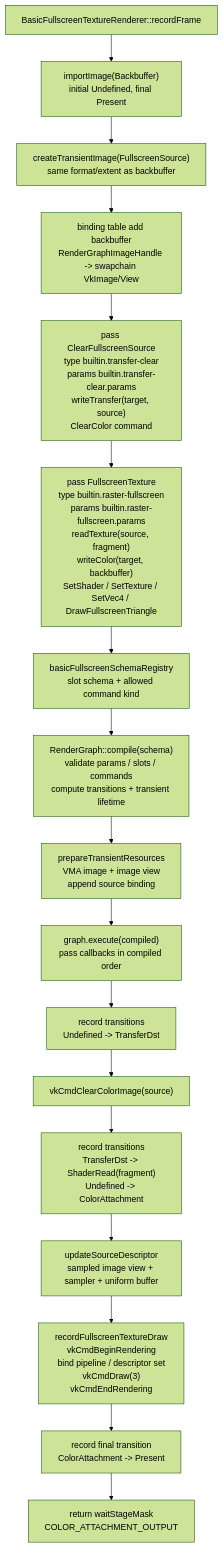
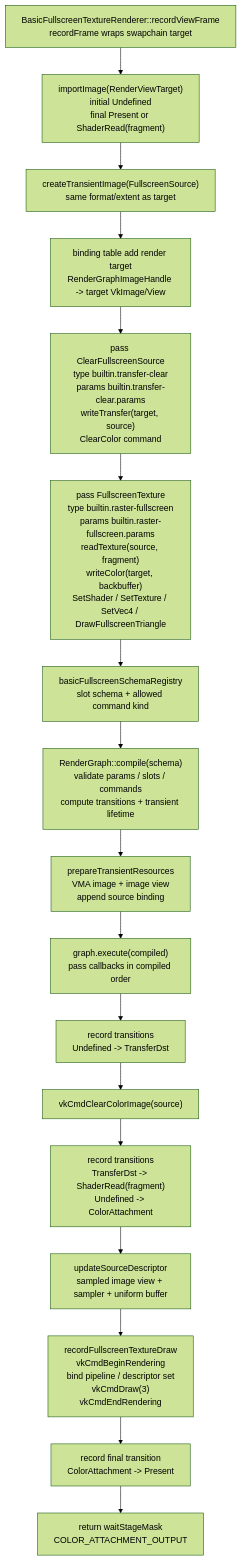
The ninth of 14 diagrams in docs/flow-architecture.md (66six11/Engine), drawn with Mermaid (forest theme) before and after one commit. The commit also changed other lines of this file and 5 other files, not shown here.

Commit message:
feat(renderer-basic): add render view target recording

````diff
--- a/docs/flow-architecture.md
+++ b/docs/flow-architecture.md
@@ -400,24 +400,24 @@
 ```mermaid
 flowchart TD
-    Renderer["BasicFullscreenTextureRenderer::recordFrame"]
-    ImportBackbuffer["importImage(Backbuffer)<br/>initial Undefined, final Present"]
-    CreateSource["createTransientImage(FullscreenSource)<br/>same format/extent as backbuffer"]
-    BindingBackbuffer["binding table add backbuffer<br/>RenderGraphImageHandle -> swapchain VkImage/View"]
+    Renderer["BasicFullscreenTextureRenderer::recordViewFrame<br/>recordFrame wraps swapchain target"]
+    ImportBackbuffer["importImage(RenderViewTarget)<br/>initial Undefined<br/>final Present or ShaderRead(fragment)"]
+    CreateSource["createTransientImage(FullscreenSource)<br/>same format/extent as target"]
+    BindingBackbuffer["binding table add render target<br/>RenderGraphImageHandle -> target VkImage/View"]
     ClearPass["pass ClearFullscreenSource<br/>type builtin.transfer-clear<br/>params builtin.transfer-clear.params<br/>writeTransfer(target, source)<br/>ClearColor command"]
     DrawPass["pass FullscreenTexture<br/>type builtin.raster-fullscreen<br/>params builtin.raster-fullscreen.params<br/>readTexture(source, fragment)<br/>writeColor(target, backbuffer)<br/>SetShader / SetTexture / SetVec4 / DrawFullscreenTriangle"]
     Schema["basicFullscreenSchemaRegistry<br/>slot schema + allowed command kind"]
     Compile["RenderGraph::compile(schema)<br/>validate params / slots / commands<br/>compute transitions + transient lifetime"]
     Prepare["prepareTransientResources<br/>VMA image + image view<br/>append source binding"]
     Execute["graph.execute(compiled)<br/>pass callbacks in compiled order"]
     ClearTransition["record transitions<br/>Undefined -> TransferDst"]
     ClearCmd["vkCmdClearColorImage(source)"]
     DrawTransition["record transitions<br/>TransferDst -> ShaderRead(fragment)<br/>Undefined -> ColorAttachment"]
     Descriptor["updateSourceDescriptor<br/>sampled image view + sampler + uniform buffer"]
     DrawCmd["recordFullscreenTextureDraw<br/>vkCmdBeginRendering<br/>bind pipeline / descriptor set<br/>vkCmdDraw(3)<br/>vkCmdEndRendering"]
     FinalTransition["record final transition<br/>ColorAttachment -> Present"]
     Result["return waitStageMask<br/>COLOR_ATTACHMENT_OUTPUT"]
 
     Renderer --> ImportBackbuffer --> CreateSource --> BindingBackbuffer
     BindingBackbuffer --> ClearPass --> DrawPass --> Schema --> Compile --> Prepare --> Execute
     Execute --> ClearTransition --> ClearCmd --> DrawTransition --> Descriptor --> DrawCmd --> FinalTransition --> Result
 ```
````
